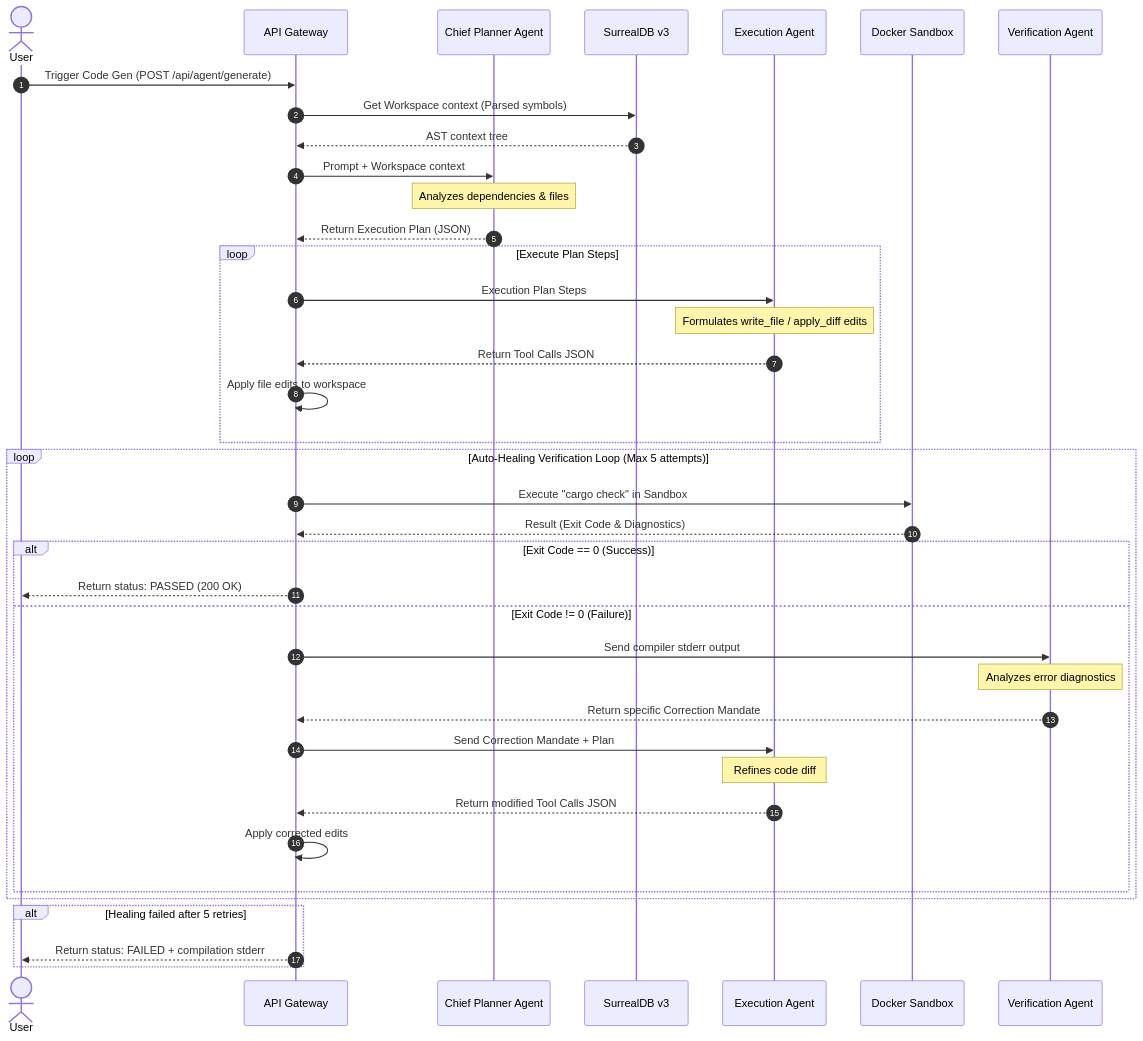
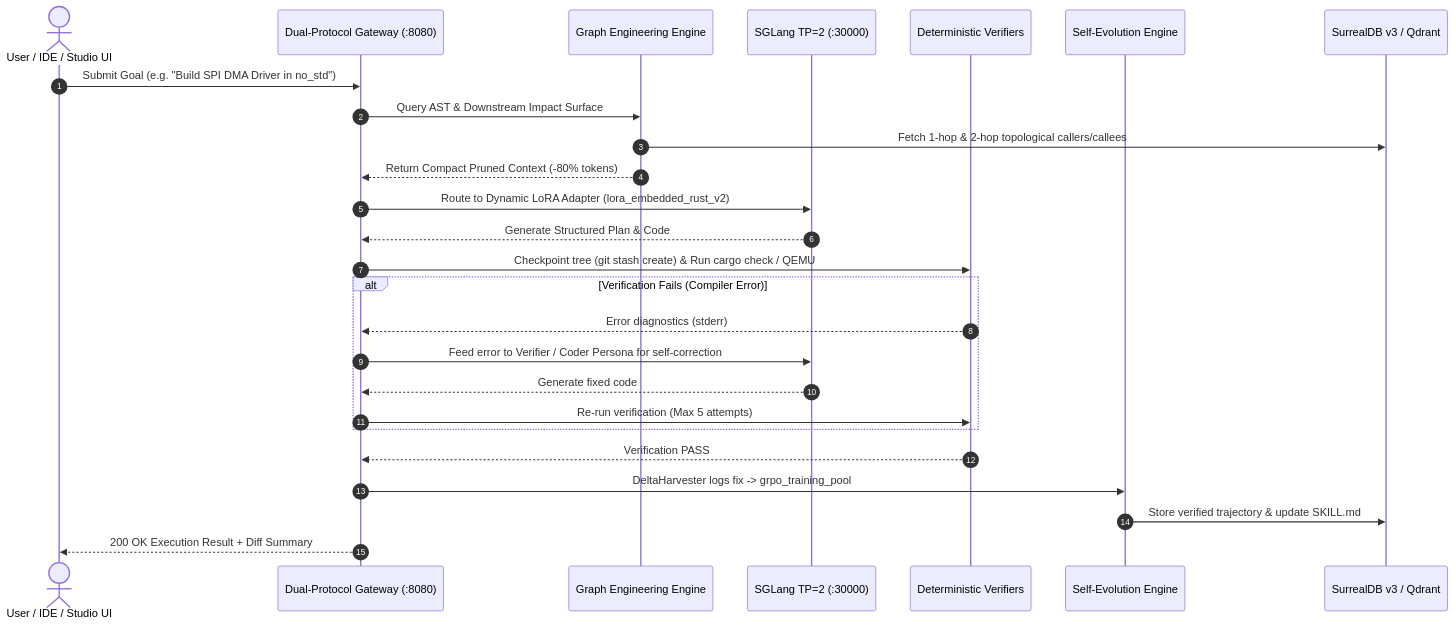
One commit to FaezBarghasa/Oxide-Tech-Local-Agent changed the first of 3 diagrams in diagram.md. Above: the diagram before and after it, drawn with Mermaid. The commit also changed other lines of this file and 6 other files, not shown here.

Commit message:
feat: implement NexusForge 5-layer architecture with multi-modal graph engineering and agentic self-evolution workflows.

````diff
--- a/diagram.md
+++ b/diagram.md
@@ -59,46 +9,32 @@
 ```mermaid
 sequenceDiagram
     autonumber
-    actor User
-    participant Gateway as API Gateway
-    participant Chief as Chief Planner Agent
-    participant DB as SurrealDB v3
-    participant Editor as Execution Agent
-    participant Sandbox as Docker Sandbox
-    participant Verifier as Verification Agent
+    actor User as User / IDE / Studio UI
+    participant GW as Dual-Protocol Gateway (:8080)
+    participant Graph as Graph Engineering Engine
+    participant SGLang as SGLang TP=2 (:30000)
+    participant Verifier as Deterministic Verifiers
+    participant Evolver as Self-Evolution Engine
+    participant DB as SurrealDB v3 / Qdrant
 
-    User->>Gateway: Trigger Code Gen (POST /api/agent/generate)
-    Gateway->>DB: Get Workspace context (Parsed symbols)
-    DB-->>Gateway: AST context tree
-    Gateway->>Chief: Prompt + Workspace context
-    Note over Chief: Analyzes dependencies & files
-    Chief-->>Gateway: Return Execution Plan (JSON)
-    
-    loop Execute Plan Steps
-        Gateway->>Editor: Execution Plan Steps
-        Note over Editor: Formulates write_file / apply_diff edits
-        Editor-->>Gateway: Return Tool Calls JSON
-        Gateway->>Gateway: Apply file edits to workspace
+    User->>GW: Submit Goal (e.g. "Build SPI DMA Driver in no_std")
+    GW->>Graph: Query AST & Downstream Impact Surface
+    Graph->>DB: Fetch 1-hop & 2-hop topological callers/callees
+    Graph-->>GW: Return Compact Pruned Context (-80% tokens)
+
+    GW->>SGLang: Route to Dynamic LoRA Adapter (lora_embedded_rust_v2)
+    SGLang-->>GW: Generate Structured Plan & Code
+
+    GW->>Verifier: Checkpoint tree (git stash create) & Run cargo check / QEMU
+    alt Verification Fails (Compiler Error)
+        Verifier-->>GW: Error diagnostics (stderr)
+        GW->>SGLang: Feed error to Verifier / Coder Persona for self-correction
+        SGLang-->>GW: Generate fixed code
+        GW->>Verifier: Re-run verification (Max 5 attempts)
     end
 
-    loop Auto-Healing Verification Loop (Max 5 attempts)
-        Gateway->>Sandbox: Execute "cargo check" in Sandbox
-        Sandbox-->>Gateway: Result (Exit Code & Diagnostics)
-        
-        alt Exit Code == 0 (Success)
-            Gateway-->>User: Return status: PASSED (200 OK)
-        else Exit Code != 0 (Failure)
-            Gateway->>Verifier: Send compiler stderr output
-            Note over Verifier: Analyzes error diagnostics
-            Verifier-->>Gateway: Return specific Correction Mandate
-            Gateway->>Editor: Send Correction Mandate + Plan
-            Note over Editor: Refines code diff
-            Editor-->>Gateway: Return modified Tool Calls JSON
-            Gateway->>Gateway: Apply corrected edits
-        end
-    end
-
-    alt Healing failed after 5 retries
-        Gateway-->>User: Return status: FAILED + compilation stderr
-    end
+    Verifier-->>GW: Verification PASS
+    GW->>Evolver: DeltaHarvester logs fix -> grpo_training_pool
+    Evolver->>DB: Store verified trajectory & update SKILL.md
+    GW-->>User: 200 OK Execution Result + Diff Summary
 ```
````
